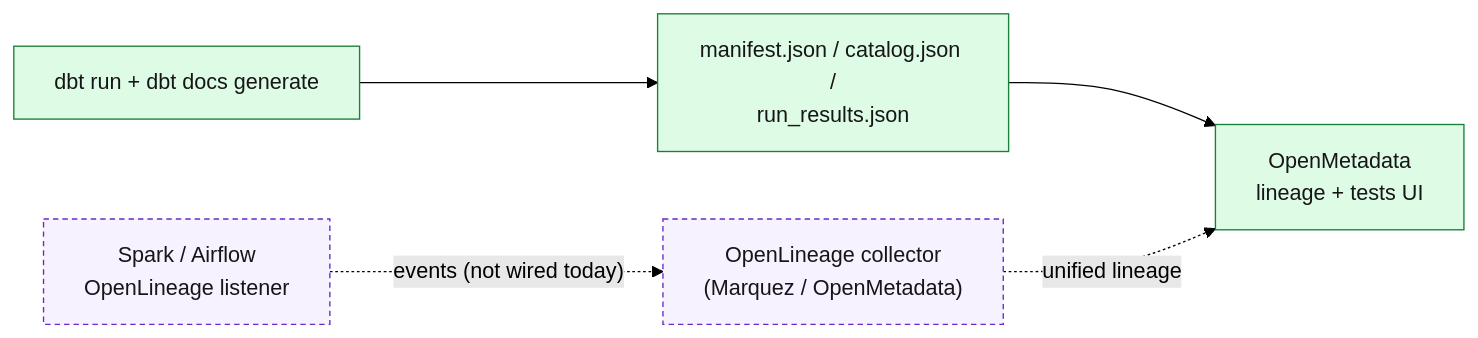
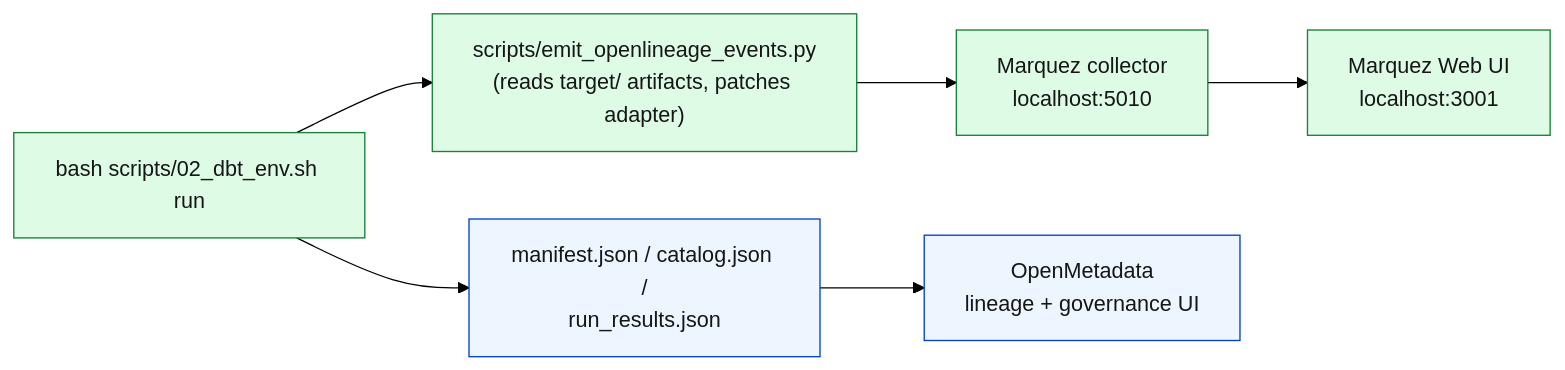
Before and after one commit to aseelert/ibmas-watsonxdata-dbt: the first of 2 diagrams in docs/openlineage.md, drawn with Mermaid (forest theme). The commit also changed other lines of this file and 18 other files, not shown here.

First line of the commit message:
feat(openlineage): dual-path Marquez integration — dbt (local Docker) + Spark (OCP in-cluster)

````diff
--- a/docs/openlineage.md
+++ b/docs/openlineage.md
@@ -34,15 +35,15 @@
 ```mermaid
 flowchart LR
   classDef have fill:#defbe6,stroke:#198038,color:#161616;
-  classDef would fill:#f6f2ff,stroke:#6929c4,color:#161616,stroke-dasharray:4 3;
+  classDef parallel fill:#edf5ff,stroke:#0043ce,color:#161616;
 
-  dbt["dbt run + dbt docs generate"]:::have
-  art["manifest.json / catalog.json /\nrun_results.json"]:::have
-  om["OpenMetadata\nlineage + tests UI"]:::have
+  dbt["bash scripts/02_dbt_env.sh run"]:::have
+  emitter["scripts/emit_openlineage_events.py\n(reads target/ artifacts, patches adapter)"]:::have
+  marquez["Marquez collector\nlocalhost:5010"]:::have
+  ui["Marquez Web UI\nlocalhost:3001"]:::have
+  art["manifest.json / catalog.json /\nrun_results.json"]:::parallel
+  om["OpenMetadata\nlineage + governance UI"]:::parallel
+
+  dbt --> emitter --> marquez --> ui
   dbt --> art --> om
-
-  spark["Spark / Airflow\nOpenLineage listener"]:::would
-  col["OpenLineage collector\n(Marquez / OpenMetadata)"]:::would
-  spark -. "events (not wired today)" .-> col
-  col -. "unified lineage" .-> om
 ```
````
